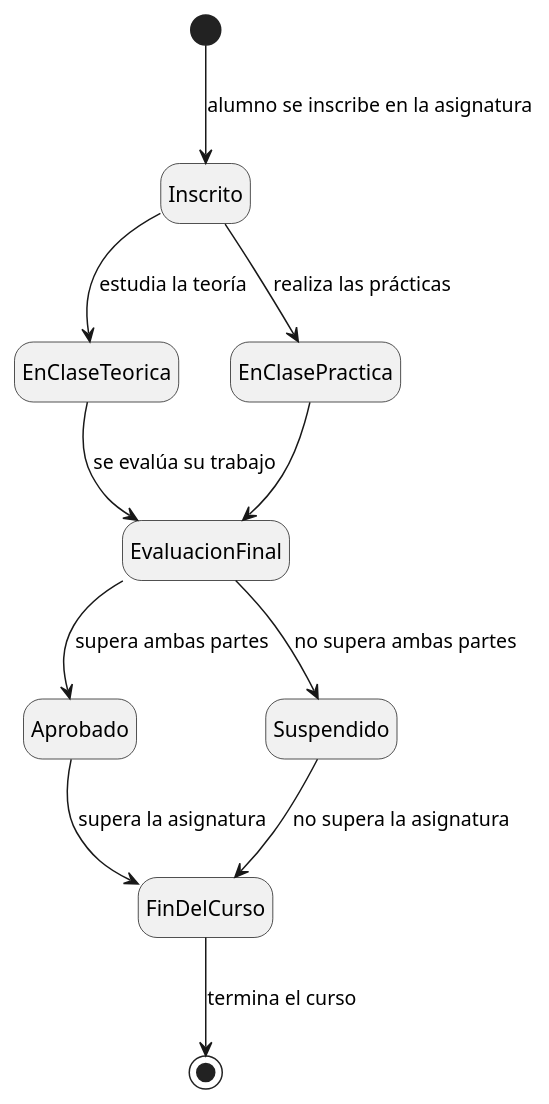
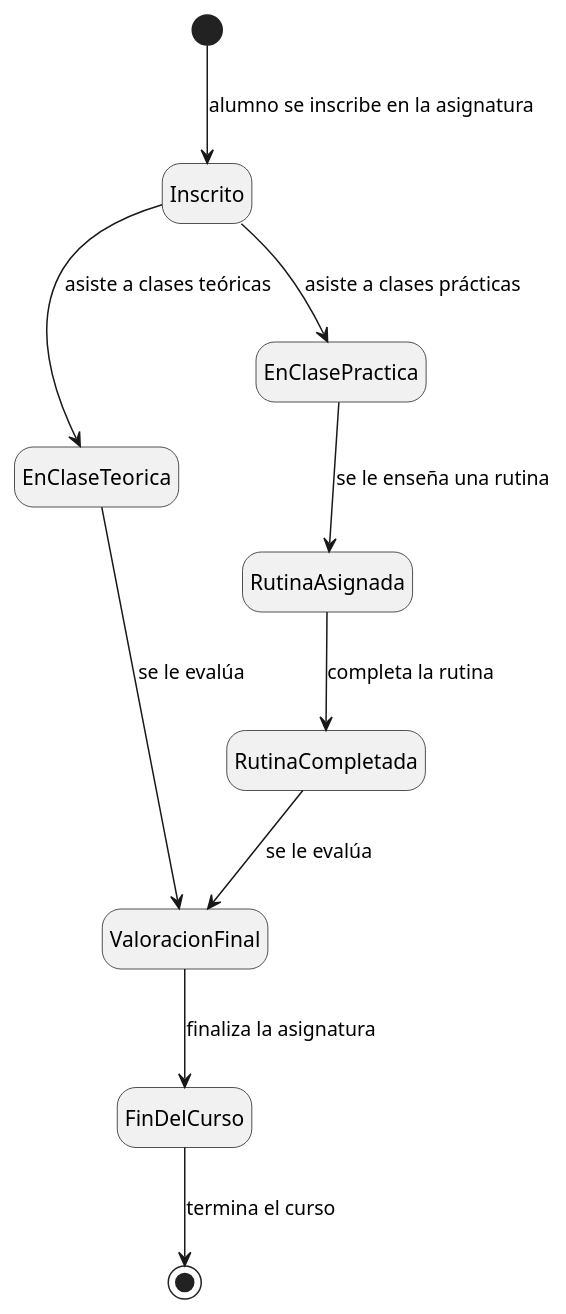
One commit to mmasias/24-25-IdSw1-SDR changed the diagram in Documentos/diagramaDeEstados/diagramaEstados.puml. Above: the diagram before and after it, drawn with PlantUML.

Commit message:
Cambios en el Diagrama de Estados

```diff
--- a/Documentos/diagramaDeEstados/diagramaEstados.puml
+++ b/Documentos/diagramaDeEstados/diagramaEstados.puml
@@ -1,17 +1,19 @@
 @startuml
+
 hide empty description
 
 [*] --> Inscrito : alumno se inscribe en la asignatura
-Inscrito --> EnClaseTeorica : estudia la teoría
-Inscrito --> EnClasePractica : realiza las prácticas
-EnClaseTeorica --> EvaluacionFinal : se evalúa su trabajo
-EnClasePractica --> EvaluacionFinal 
+Inscrito --> EnClaseTeorica : asiste a clases teóricas
+Inscrito --> EnClasePractica : asiste a clases prácticas
 
-EvaluacionFinal --> Aprobado : supera ambas partes
-EvaluacionFinal --> Suspendido : no supera ambas partes
+EnClaseTeorica --> ValoracionFinal : se le evalúa
+EnClasePractica --> RutinaAsignada : se le enseña una rutina
 
-Aprobado --> FinDelCurso : supera la asignatura
-Suspendido --> FinDelCurso : no supera la asignatura
+RutinaAsignada --> RutinaCompletada : completa la rutina
+RutinaCompletada --> ValoracionFinal : se le evalúa
+
+ValoracionFinal --> FinDelCurso : finaliza la asignatura
+
 FinDelCurso --> [*] : termina el curso
 
 @enduml
```
